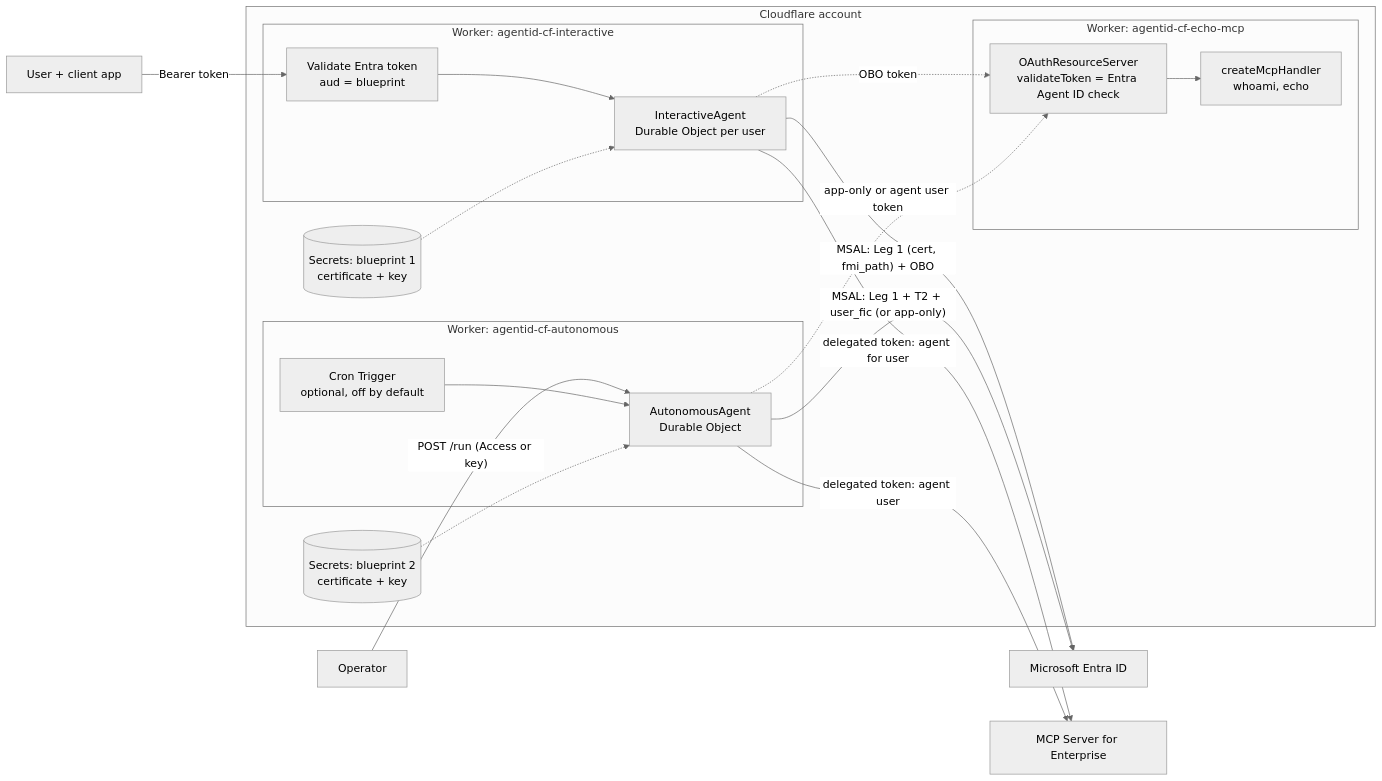
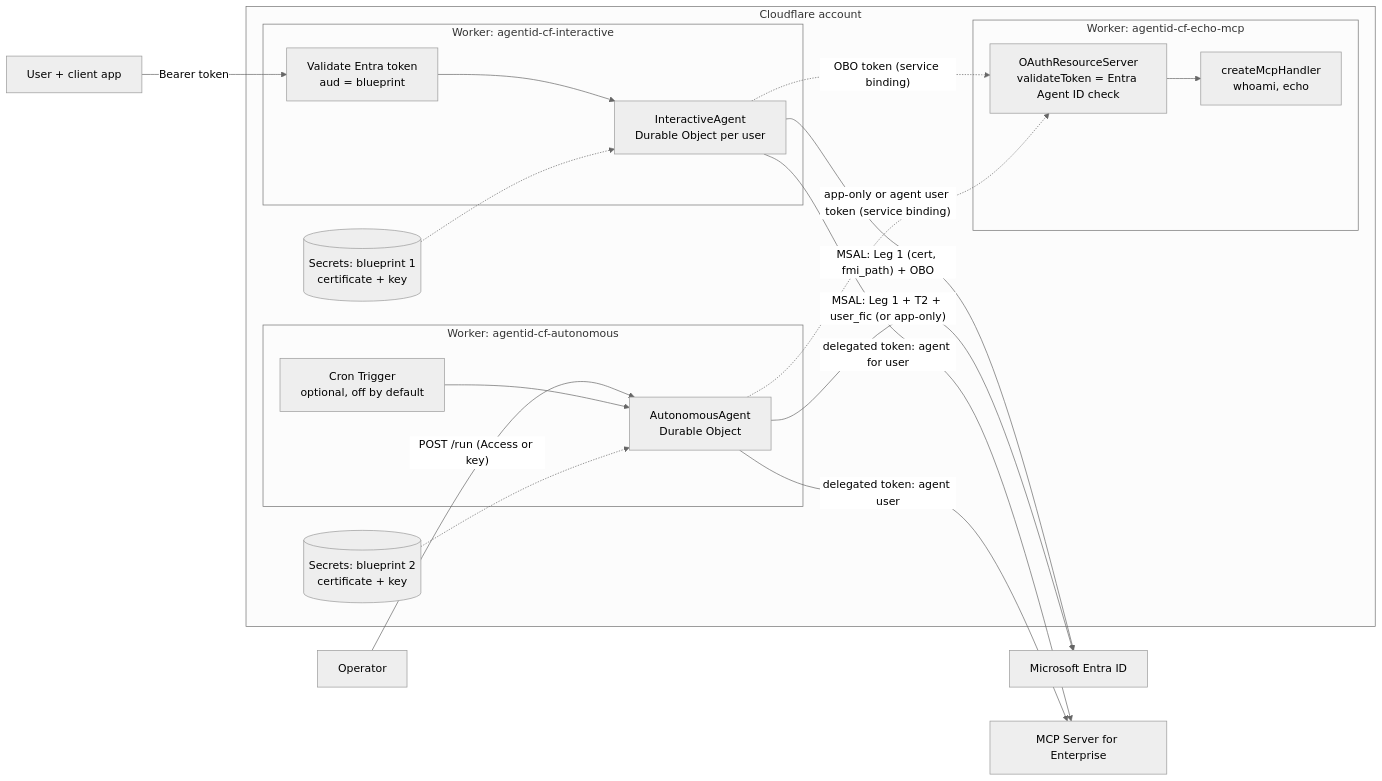
The diagram in agentid-cloudflare-README.md (astaykov/agentid-cloudflare-draft), drawn with Mermaid (neutral theme) before and after one commit. The commit also changed other lines of this file and 13 other files, not shown here.

````diff
--- a/agentid-cloudflare-README.md
+++ b/agentid-cloudflare-README.md
@@ -29,31 +41,31 @@
 ```mermaid
 flowchart LR
   subgraph CF[Cloudflare account]
     subgraph W1[Worker: agentid-cf-interactive]
       V[Validate Entra token<br/>aud = blueprint]
       A1[InteractiveAgent<br/>Durable Object per user]
     end
     subgraph W2[Worker: agentid-cf-autonomous]
       C[Cron Trigger<br/>optional, off by default]
       A2[AutonomousAgent<br/>Durable Object]
     end
     subgraph W3[Worker: agentid-cf-echo-mcp]
       R[OAuthResourceServer<br/>validateToken = Entra Agent ID check]
       H[createMcpHandler<br/>whoami, echo]
     end
     S1[(Secrets: blueprint 1<br/>certificate + key)]
     S2[(Secrets: blueprint 2<br/>certificate + key)]
   end
   U[User + client app] -- Bearer token --> V --> A1
   OP[Operator] -- "POST /run (Access or key)" --> A2
   C --> A2
   A1 -- "MSAL: Leg 1 (cert, fmi_path) + OBO" --> E[Microsoft Entra ID]
   A2 -- "MSAL: Leg 1 + T2 + user_fic (or app-only)" --> E
   A1 -- delegated token: agent for user --> M[MCP Server for Enterprise]
   A2 -- delegated token: agent user --> M
-  A1 -. OBO token .-> R
-  A2 -. app-only or agent user token .-> R
+  A1 -. "OBO token (service binding)" .-> R
+  A2 -. "app-only or agent user token (service binding)" .-> R
   R --> H
   S1 -.-> A1
   S2 -.-> A2
 ```
````
